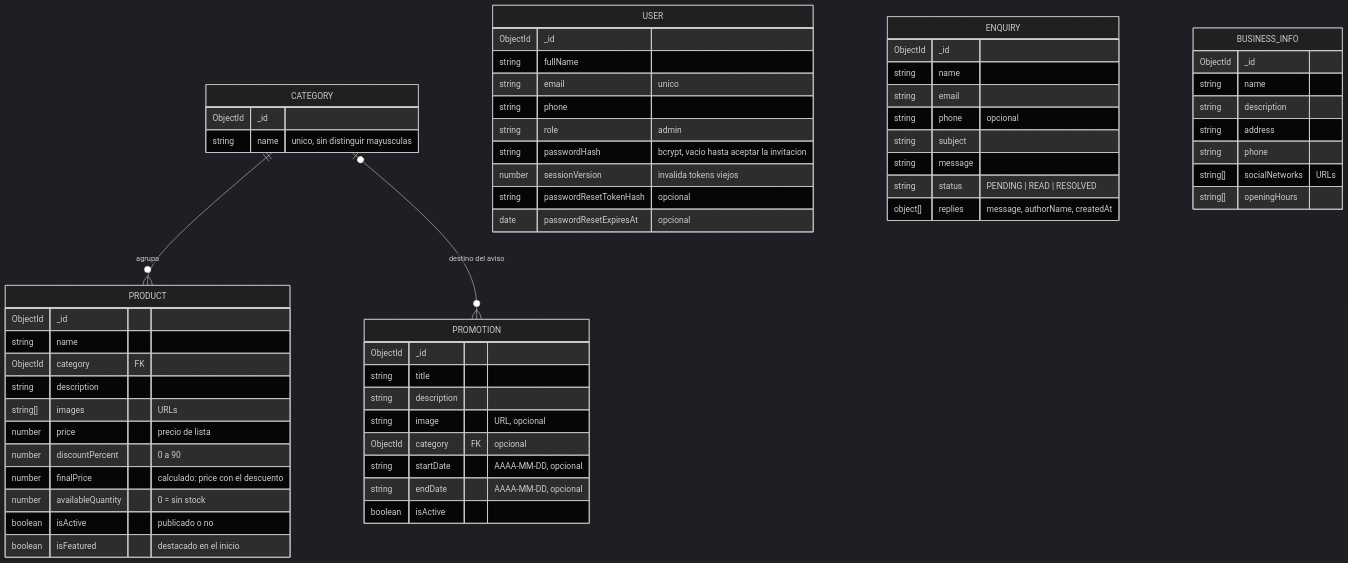
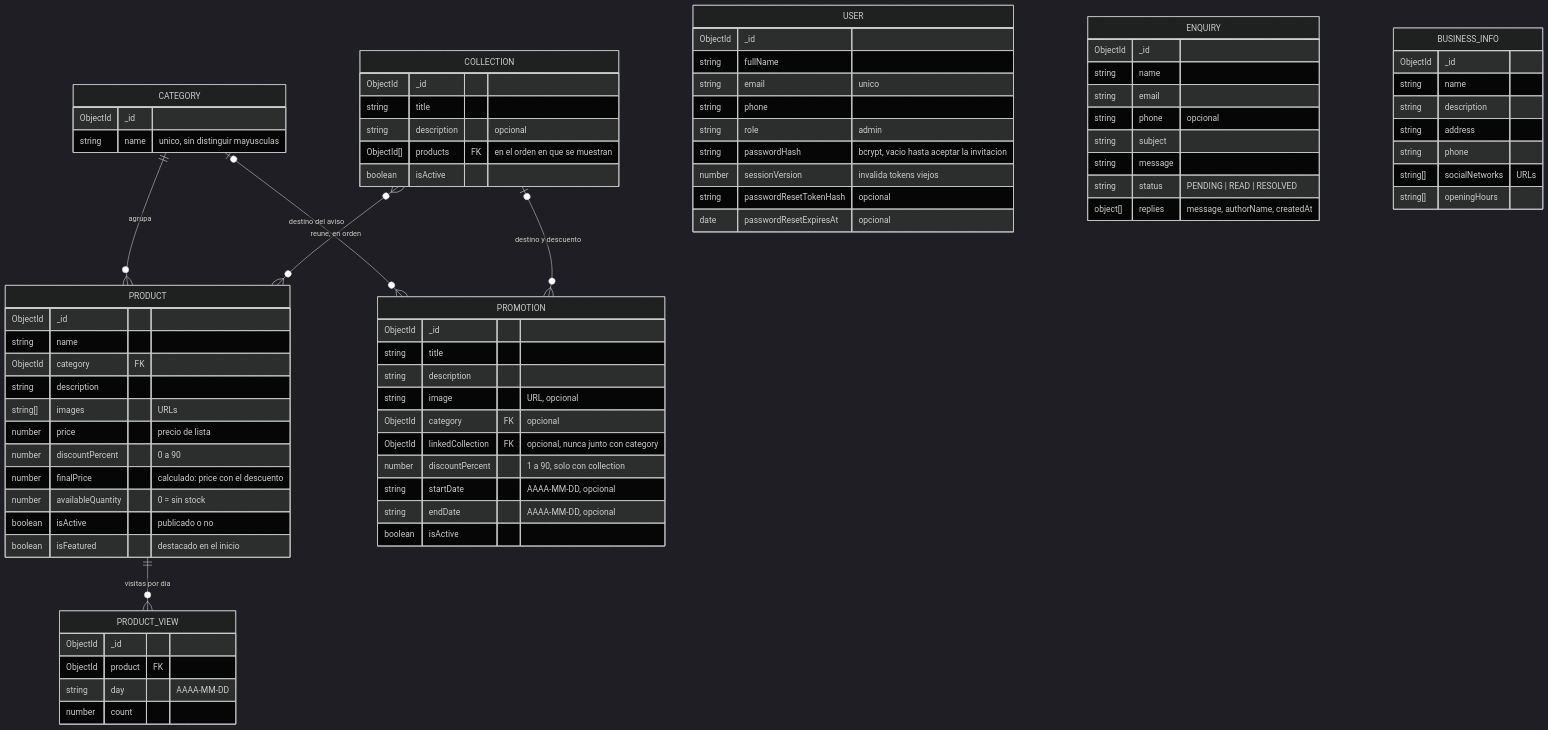
The diagram in docs/modelo-de-datos.md (FranciscoMessina/tp-aplicaciones-interactivas), drawn with Mermaid (dark theme) before and after one commit. The commit also changed other lines of this file and 49 other files, not shown here.

First line of the commit message:
feat: visitas, colecciones, promociones con descuento y busqueda sin Atlas

````diff
--- a/docs/modelo-de-datos.md
+++ b/docs/modelo-de-datos.md
@@ -7,62 +7,80 @@
 ```mermaid
 erDiagram
     CATEGORY ||--o{ PRODUCT : "agrupa"
     CATEGORY |o--o{ PROMOTION : "destino del aviso"
+    COLLECTION |o--o{ PROMOTION : "destino y descuento"
+    COLLECTION }o--o{ PRODUCT : "reune, en orden"
+    PRODUCT ||--o{ PRODUCT_VIEW : "visitas por dia"
     CATEGORY {
         ObjectId _id
         string name "unico, sin distinguir mayusculas"
     }
     PRODUCT {
         ObjectId _id
         string name
         ObjectId category FK
         string description
         string[] images "URLs"
         number price "precio de lista"
         number discountPercent "0 a 90"
         number finalPrice "calculado: price con el descuento"
         number availableQuantity "0 = sin stock"
         boolean isActive "publicado o no"
         boolean isFeatured "destacado en el inicio"
     }
     PROMOTION {
         ObjectId _id
         string title
         string description
         string image "URL, opcional"
         ObjectId category FK "opcional"
+        ObjectId linkedCollection FK "opcional, nunca junto con category"
+        number discountPercent "1 a 90, solo con collection"
         string startDate "AAAA-MM-DD, opcional"
         string endDate "AAAA-MM-DD, opcional"
         boolean isActive
+    }
+    COLLECTION {
+        ObjectId _id
+        string title
+        string description "opcional"
+        ObjectId[] products FK "en el orden en que se muestran"
+        boolean isActive
+    }
+    PRODUCT_VIEW {
+        ObjectId _id
+        ObjectId product FK
+        string day "AAAA-MM-DD"
+        number count
     }
     USER {
         ObjectId _id
         string fullName
         string email "unico"
         string phone
         string role "admin"
         string passwordHash "bcrypt, vacio hasta aceptar la invitacion"
         number sessionVersion "invalida tokens viejos"
         string passwordResetTokenHash "opcional"
         date passwordResetExpiresAt "opcional"
     }
     ENQUIRY {
         ObjectId _id
         string name
         string email
         string phone "opcional"
         string subject
         string message
         string status "PENDING | READ | RESOLVED"
         object[] replies "message, authorName, createdAt"
     }
     BUSINESS_INFO {
         ObjectId _id
         string name
         string description
         string address
         string phone
         string[] socialNetworks "URLs"
         string[] openingHours
     }
 ```
````
